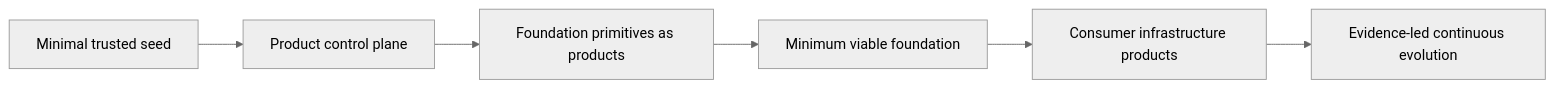
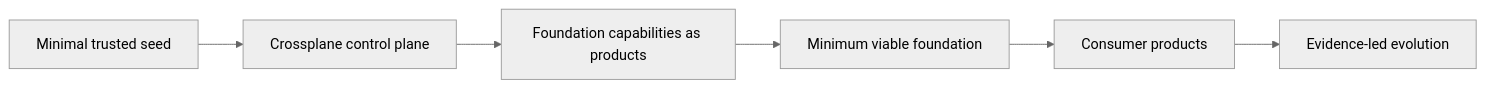
Before and after one commit to SAABOLImpactVenture/ai-powered-infrastructure-as-a-product: the second of 2 diagrams in docs/THESIS.md, drawn with Mermaid (neutral theme). The commit also changed other lines of this file and 1052 other files, not shown here.

First line of the commit message:
Supersede legacy accelerator stack with modern IaaP reference architecture (#91)

````diff
--- a/docs/THESIS.md
+++ b/docs/THESIS.md
@@ -88,8 +37,8 @@
 ```mermaid
 flowchart LR
-  SEED[Minimal trusted seed] --> CP[Product control plane]
-  CP --> PRIM[Foundation primitives as products]
-  PRIM --> MVF[Minimum viable foundation]
-  MVF --> CON[Consumer infrastructure products]
-  CON --> EV[Evidence-led continuous evolution]
+  S[Minimal trusted seed] --> C[Crossplane control plane]
+  C --> F[Foundation capabilities as products]
+  F --> M[Minimum viable foundation]
+  M --> P[Consumer products]
+  P --> E[Evidence-led evolution]
 ```
````
